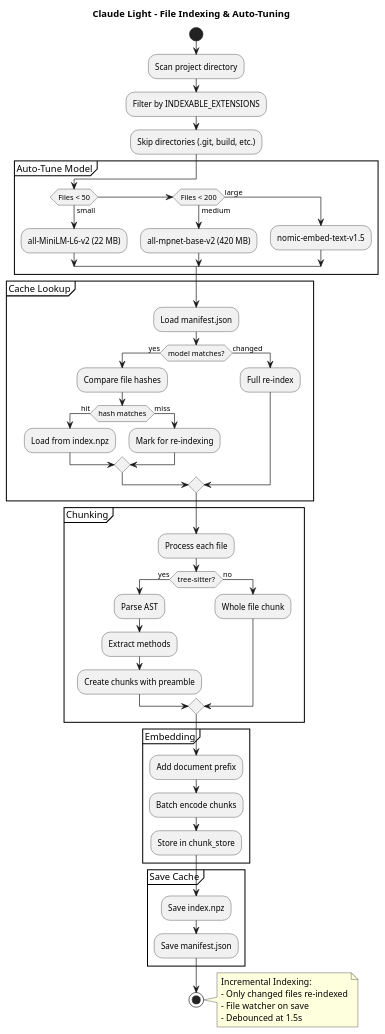
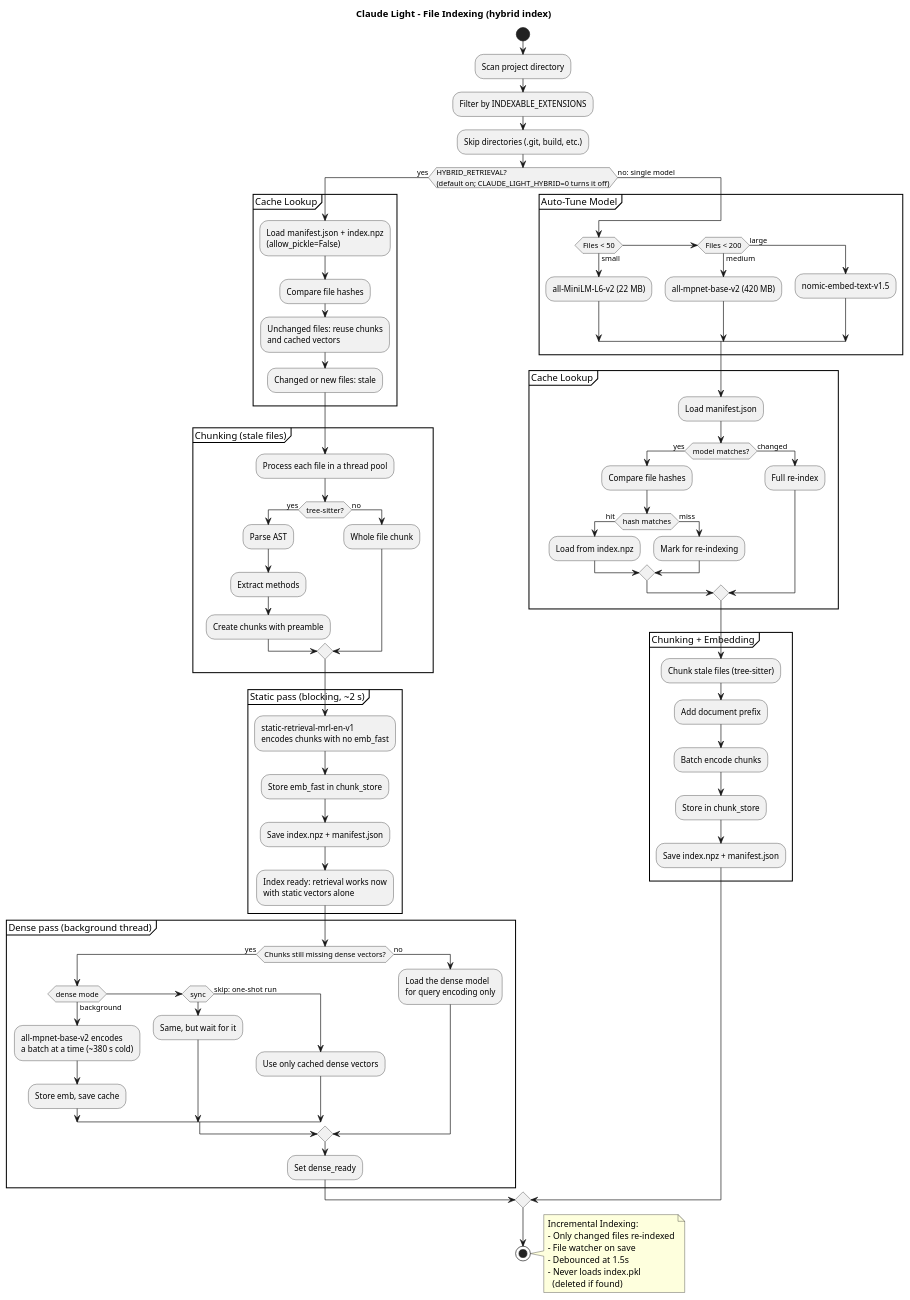
Before and after one commit to PIsberg/claude_light: the diagram in docs/architecture/indexing.md, drawn with PlantUML. The commit also changed other lines of this file and 5 other files, not shown here.

````diff
--- a/docs/architecture/indexing.md
+++ b/docs/architecture/indexing.md
@@ -53,6 +57,6 @@
 ```plantuml
 @startuml Claude_Light_Indexing_Flow
-title Claude Light - File Indexing & Auto-Tuning
+title Claude Light - File Indexing (hybrid index)
 
 start
 
@@ -60,51 +64,84 @@
 :Filter by INDEXABLE_EXTENSIONS;
 :Skip directories (.git, build, etc.);
 
-partition "Auto-Tune Model" {
-  if (Files < 50) then (small)
-    :all-MiniLM-L6-v2 (22 MB);
-  elseif (Files < 200) then (medium)
-    :all-mpnet-base-v2 (420 MB);
-  else (large)
-    :nomic-embed-text-v1.5;
-  endif
-}
+if (HYBRID_RETRIEVAL?\n(default on; CLAUDE_LIGHT_HYBRID=0 turns it off)) then (yes)
 
-partition "Cache Lookup" {
-  :Load manifest.json;
-  if (model matches?) then (yes)
+  partition "Cache Lookup" {
+    :Load manifest.json + index.npz\n(allow_pickle=False);
     :Compare file hashes;
-    if (hash matches) then (hit)
-      :Load from index.npz;
-    else (miss)
-      :Mark for re-indexing;
+    :Unchanged files: reuse chunks\nand cached vectors;
+    :Changed or new files: stale;
+  }
+
+  partition "Chunking (stale files)" {
+    :Process each file in a thread pool;
+    if (tree-sitter?) then (yes)
+      :Parse AST;
+      :Extract methods;
+      :Create chunks with preamble;
+    else (no)
+      :Whole file chunk;
     endif
-  else (changed)
-    :Full re-index;
-  endif
-}
+  }
 
-partition "Chunking" {
-  :Process each file;
-  if (tree-sitter?) then (yes)
-    :Parse AST;
-    :Extract methods;
-    :Create chunks with preamble;
-  else (no)
-    :Whole file chunk;
-  endif
-}
+  partition "Static pass (blocking, ~2 s)" {
+    :static-retrieval-mrl-en-v1\nencodes chunks with no emb_fast;
+    :Store emb_fast in chunk_store;
+    :Save index.npz + manifest.json;
+    :Index ready: retrieval works now\nwith static vectors alone;
+  }
 
-partition "Embedding" {
-  :Add document prefix;
-  :Batch encode chunks;
-  :Store in chunk_store;
-}
+  partition "Dense pass (background thread)" {
+    if (Chunks still missing dense vectors?) then (yes)
+      if (dense mode) then (background)
+        :all-mpnet-base-v2 encodes\na batch at a time (~380 s cold);
+        :Store emb, save cache;
+      elseif (sync) then
+        :Same, but wait for it;
+      else (skip: one-shot run)
+        :Use only cached dense vectors;
+      endif
+    else (no)
+      :Load the dense model\nfor query encoding only;
+    endif
+    :Set dense_ready;
+  }
 
-partition "Save Cache" {
-  :Save index.npz;
-  :Save manifest.json;
-}
+else (no: single model)
+
+  partition "Auto-Tune Model" {
+    if (Files < 50) then (small)
+      :all-MiniLM-L6-v2 (22 MB);
+    elseif (Files < 200) then (medium)
+      :all-mpnet-base-v2 (420 MB);
+    else (large)
+      :nomic-embed-text-v1.5;
+    endif
+  }
+
+  partition "Cache Lookup" {
+    :Load manifest.json;
+    if (model matches?) then (yes)
+      :Compare file hashes;
+      if (hash matches) then (hit)
+        :Load from index.npz;
+      else (miss)
+        :Mark for re-indexing;
+      endif
+    else (changed)
+      :Full re-index;
+    endif
+  }
+
+  partition "Chunking + Embedding" {
+    :Chunk stale files (tree-sitter);
+    :Add document prefix;
+    :Batch encode chunks;
+    :Store in chunk_store;
+    :Save index.npz + manifest.json;
+  }
+
+endif
 
 stop
 
@@ -113,6 +150,8 @@
   - Only changed files re-indexed
   - File watcher on save
   - Debounced at 1.5s
+  - Never loads index.pkl
+    (deleted if found)
 end note
 
 @enduml
````
